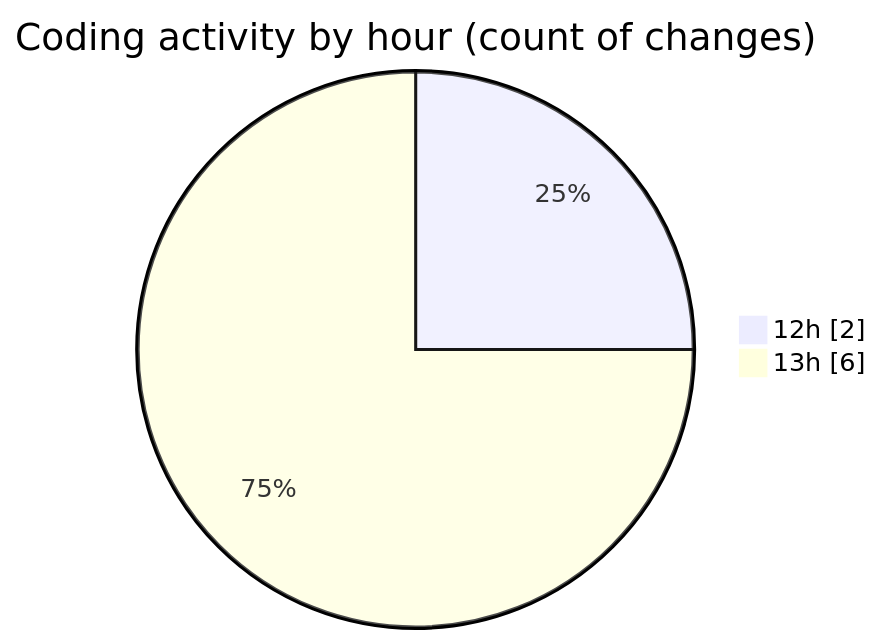
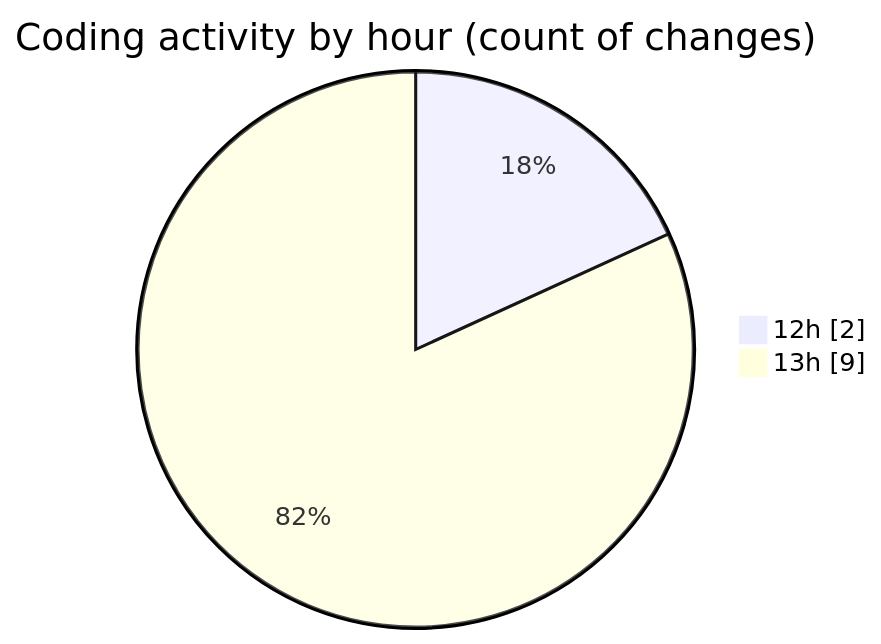
Before and after one commit to NitaiMahat/code-tracking: the second of 2 diagrams in 2025-03-11/inventor/README.md, drawn with Mermaid. The commit also changed other lines of this file and 1 other file, not shown here.

````diff
--- a/2025-03-11/inventor/README.md
+++ b/2025-03-11/inventor/README.md
@@ -30,6 +31,6 @@
 ```mermaid
 pie showData
 title Coding activity by hour (count of changes)
 "12h" : 2
-"13h" : 6
+"13h" : 9
 ```
````
